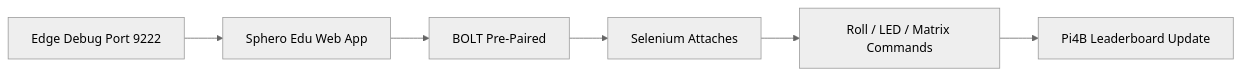
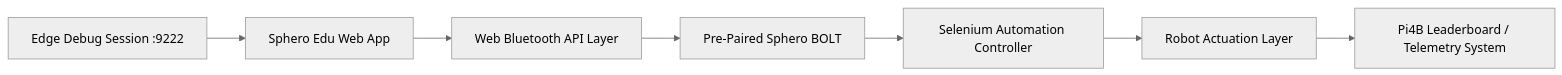
The diagram in README.md (Willxxx7/SpheroBolt), drawn with Mermaid (neutral theme) before and after one commit. The commit also changed other lines of this file, not shown here.

````diff
--- a/README.md
+++ b/README.md
@@ -15,8 +36,9 @@
 ```mermaid
 graph LR
-    A[Edge Debug Port 9222] --> B[Sphero Edu Web App]
-    B --> C[BOLT Pre-Paired]
-    C --> D[Selenium Attaches]
-    D --> E[Roll / LED / Matrix Commands]
-    E --> F[Pi4B Leaderboard Update]
+A[Edge Debug Session :9222] --> B[Sphero Edu Web App]
+B --> C[Web Bluetooth API Layer]
+C --> D[Pre-Paired Sphero BOLT]
+D --> E[Selenium Automation Controller]
+E --> F[Robot Actuation Layer]
+F --> G[Pi4B Leaderboard / Telemetry System]
 ```
````
